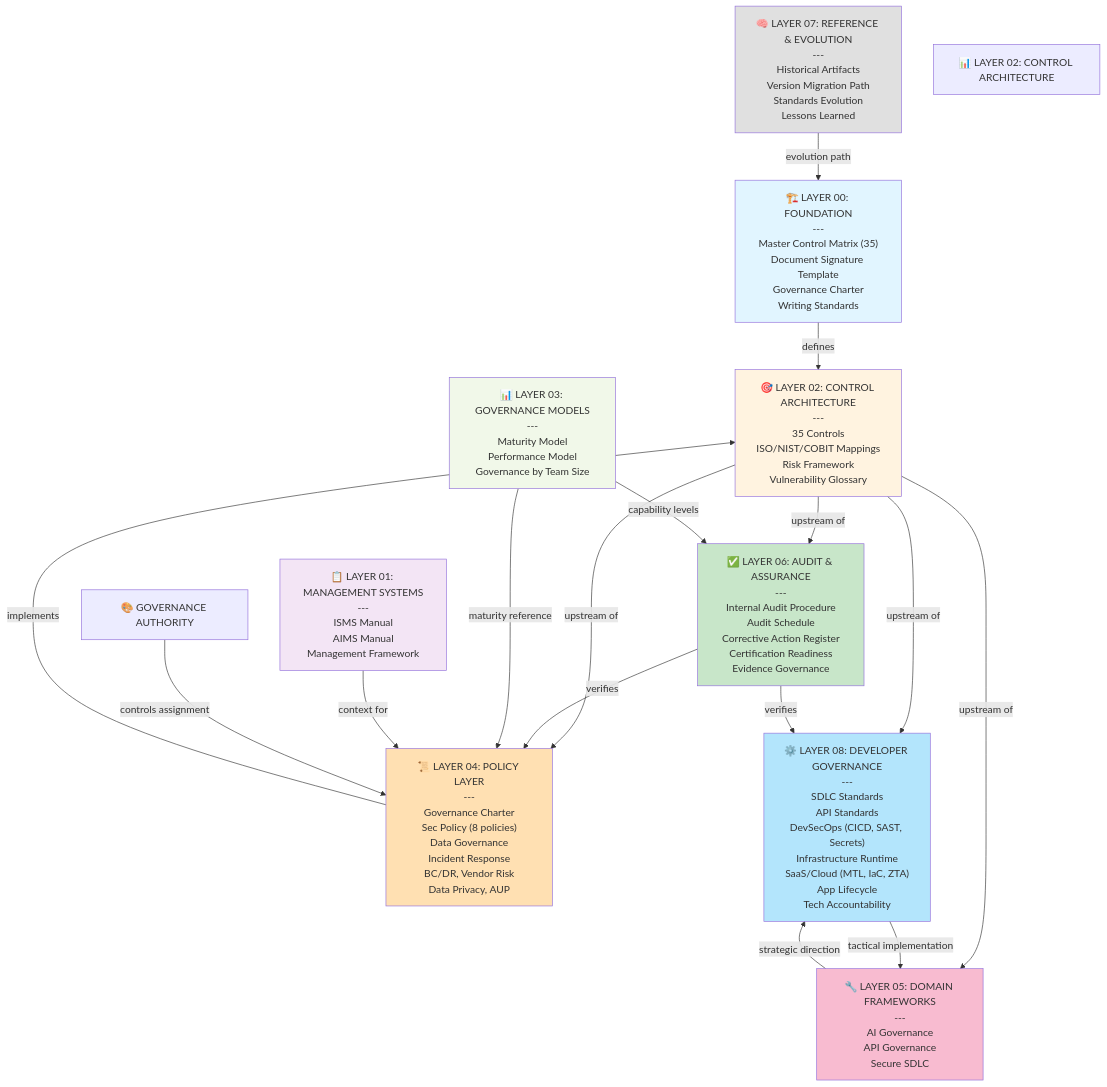
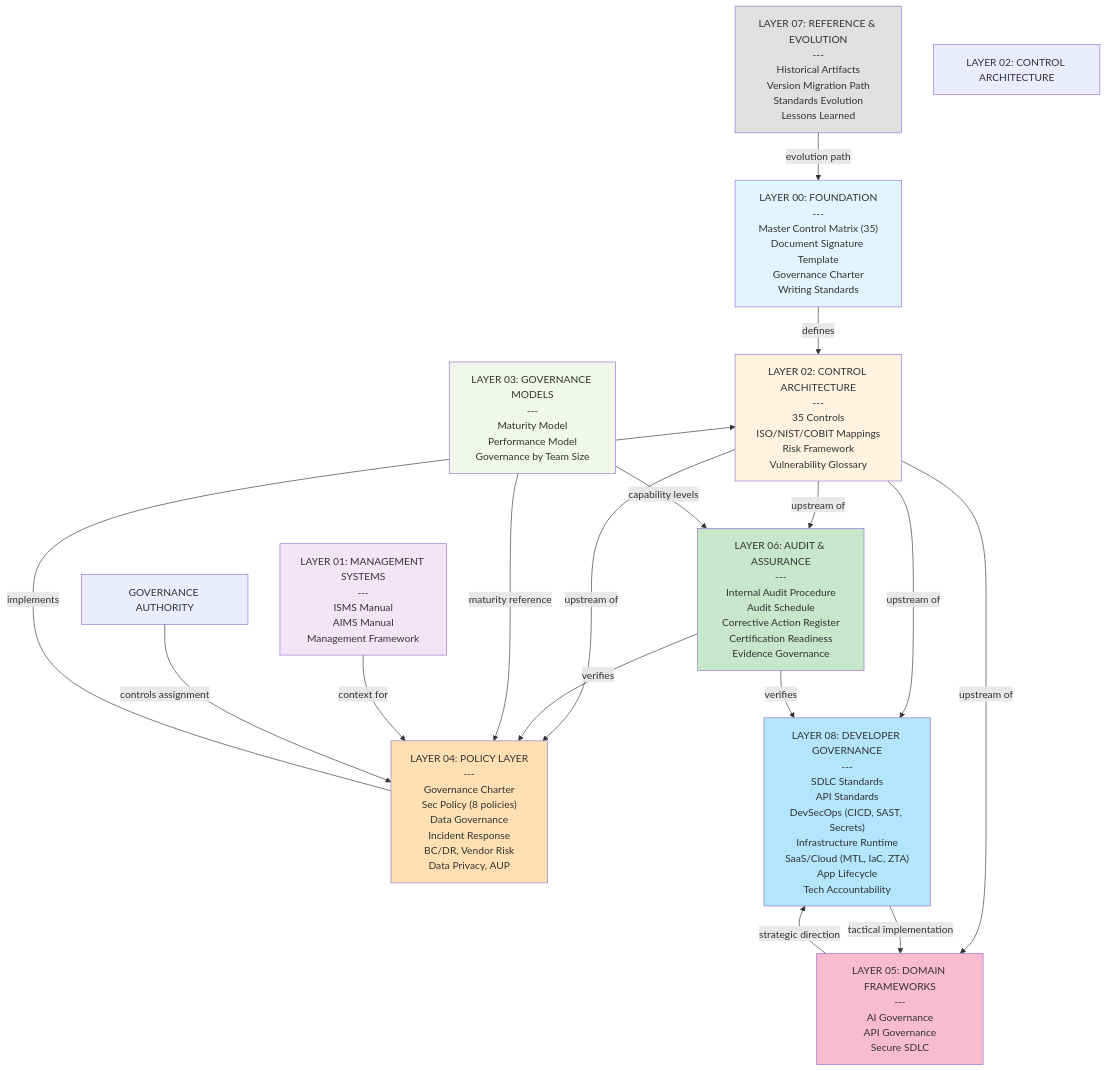
The first of 5 diagrams in ARCHITECTURE_AND_NAVIGATION.md (tariqsaidofficial/eatgf-framework), drawn with Mermaid before and after one commit. The commit also changed other lines of this file and 93 other files, not shown here.

First line of the commit message:
feat: Add Infrastructure Framework Profiles and update documentation

````diff
--- a/ARCHITECTURE_AND_NAVIGATION.md
+++ b/ARCHITECTURE_AND_NAVIGATION.md
@@ -5,56 +5,56 @@
 ```mermaid
 graph TD
-    A["🏗️ LAYER 00: FOUNDATION<br/>---<br/>Master Control Matrix (35)<br/>Document Signature Template<br/>Governance Charter<br/>Writing Standards"]
+    A[" LAYER 00: FOUNDATION<br/>---<br/>Master Control Matrix (35)<br/>Document Signature Template<br/>Governance Charter<br/>Writing Standards"]
     
-    B["📋 LAYER 01: MANAGEMENT SYSTEMS<br/>---<br/>ISMS Manual<br/>AIMS Manual<br/>Management Framework"]
+    B[" LAYER 01: MANAGEMENT SYSTEMS<br/>---<br/>ISMS Manual<br/>AIMS Manual<br/>Management Framework"]
     
-    C["🎯 LAYER 02: CONTROL ARCHITECTURE<br/>---<br/>35 Controls<br/>ISO/NIST/COBIT Mappings<br/>Risk Framework<br/>Vulnerability Glossary"]
+    C[" LAYER 02: CONTROL ARCHITECTURE<br/>---<br/>35 Controls<br/>ISO/NIST/COBIT Mappings<br/>Risk Framework<br/>Vulnerability Glossary"]
     
-    D["📊 LAYER 03: GOVERNANCE MODELS<br/>---<br/>Maturity Model<br/>Performance Model<br/>Governance by Team Size"]
+    D[" LAYER 03: GOVERNANCE MODELS<br/>---<br/>Maturity Model<br/>Performance Model<br/>Governance by Team Size"]
     
-    E["📜 LAYER 04: POLICY LAYER<br/>---<br/>Governance Charter<br/>Sec Policy (8 policies)<br/>Data Governance<br/>Incident Response<br/>BC/DR, Vendor Risk<br/>Data Privacy, AUP"]
+    E[" LAYER 04: POLICY LAYER<br/>---<br/>Governance Charter<br/>Sec Policy (8 policies)<br/>Data Governance<br/>Incident Response<br/>BC/DR, Vendor Risk<br/>Data Privacy, AUP"]
     
-    F["🔧 LAYER 05: DOMAIN FRAMEWORKS<br/>---<br/>AI Governance<br/>API Governance<br/>Secure SDLC"]
+    F[" LAYER 05: DOMAIN FRAMEWORKS<br/>---<br/>AI Governance<br/>API Governance<br/>Secure SDLC"]
     
-    G["✅ LAYER 06: AUDIT & ASSURANCE<br/>---<br/>Internal Audit Procedure<br/>Audit Schedule<br/>Corrective Action Register<br/>Certification Readiness<br/>Evidence Governance"]
+    G[" LAYER 06: AUDIT & ASSURANCE<br/>---<br/>Internal Audit Procedure<br/>Audit Schedule<br/>Corrective Action Register<br/>Certification Readiness<br/>Evidence Governance"]
     
-    H["🧠 LAYER 07: REFERENCE & EVOLUTION<br/>---<br/>Historical Artifacts<br/>Version Migration Path<br/>Standards Evolution<br/>Lessons Learned"]
+    H[" LAYER 07: REFERENCE & EVOLUTION<br/>---<br/>Historical Artifacts<br/>Version Migration Path<br/>Standards Evolution<br/>Lessons Learned"]
     
-    I["⚙️ LAYER 08: DEVELOPER GOVERNANCE<br/>---<br/>SDLC Standards<br/>API Standards<br/>DevSecOps (CICD, SAST, Secrets)<br/>Infrastructure Runtime<br/>SaaS/Cloud (MTL, IaC, ZTA)<br/>App Lifecycle<br/>Tech Accountability"]
+    I[" LAYER 08: DEVELOPER GOVERNANCE<br/>---<br/>SDLC Standards<br/>API Standards<br/>DevSecOps (CICD, SAST, Secrets)<br/>Infrastructure Runtime<br/>SaaS/Cloud (MTL, IaC, ZTA)<br/>App Lifecycle<br/>Tech Accountability"]
     
-    J["📊 LAYER 02: CONTROL ARCHITECTURE"]
+    J[" LAYER 02: CONTROL ARCHITECTURE"]
     
-    K["🎨 GOVERNANCE AUTHORITY"]
+    K[" GOVERNANCE AUTHORITY"]
     
     A -->|defines| C
     C -->|upstream of| E
     C -->|upstream of| G
     C -->|upstream of| F
     C -->|upstream of| I
     
     E -->|implements| C
     G -->|verifies| E
     G -->|verifies| I
     
     F -->|strategic direction| I
     I -->|tactical implementation| F
     
     D -->|maturity reference| E
     D -->|capability levels| G
     
     B -->|context for| E
     
     H -->|evolution path| A
     
     K -->|controls assignment| E
     
     style A fill:#e1f5ff
     style B fill:#f3e5f5
     style C fill:#fff3e0
     style D fill:#f1f8e9
     style E fill:#ffe0b2
     style F fill:#f8bbd0
     style G fill:#c8e6c9
     style H fill:#e0e0e0
     style I fill:#b3e5fc
 ```
````
